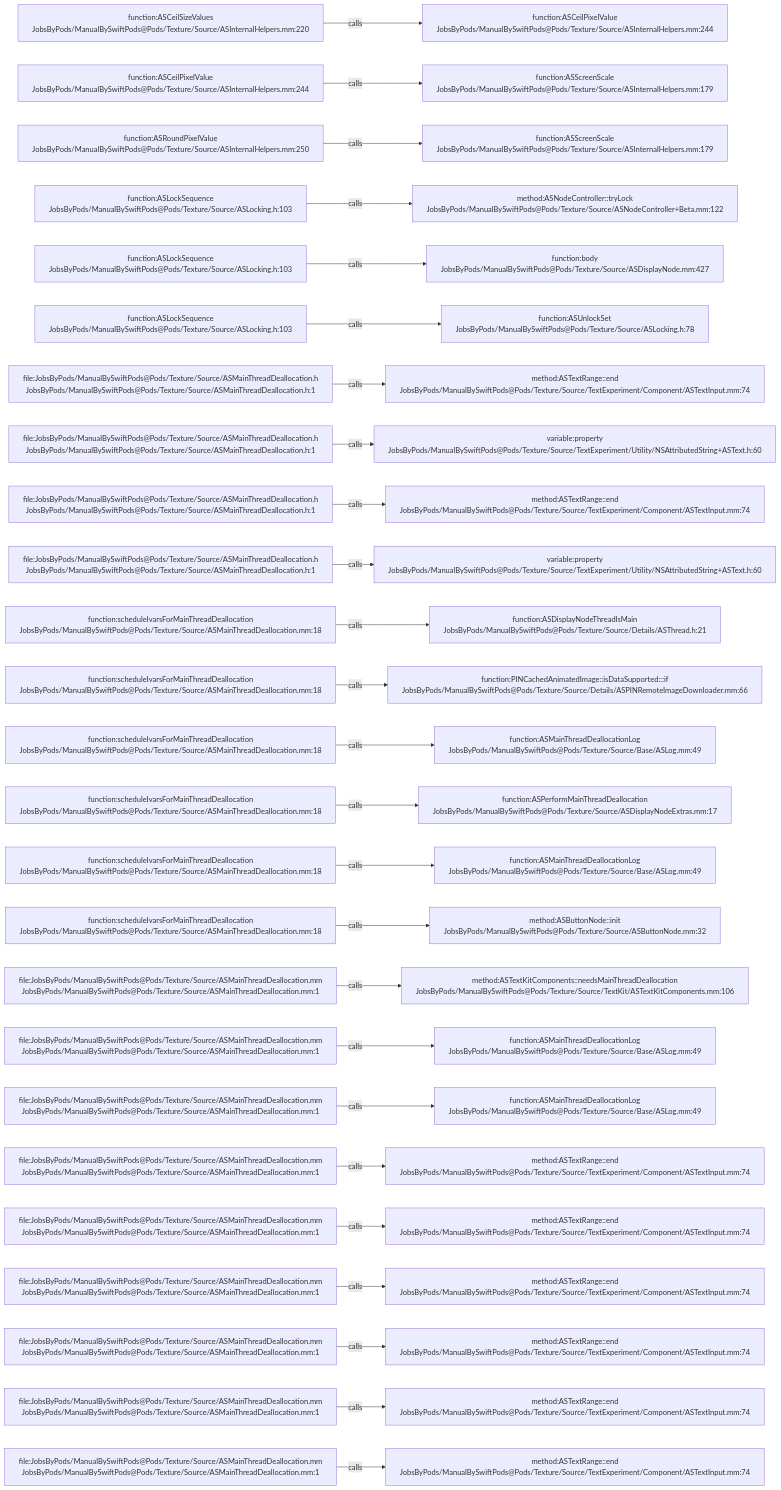
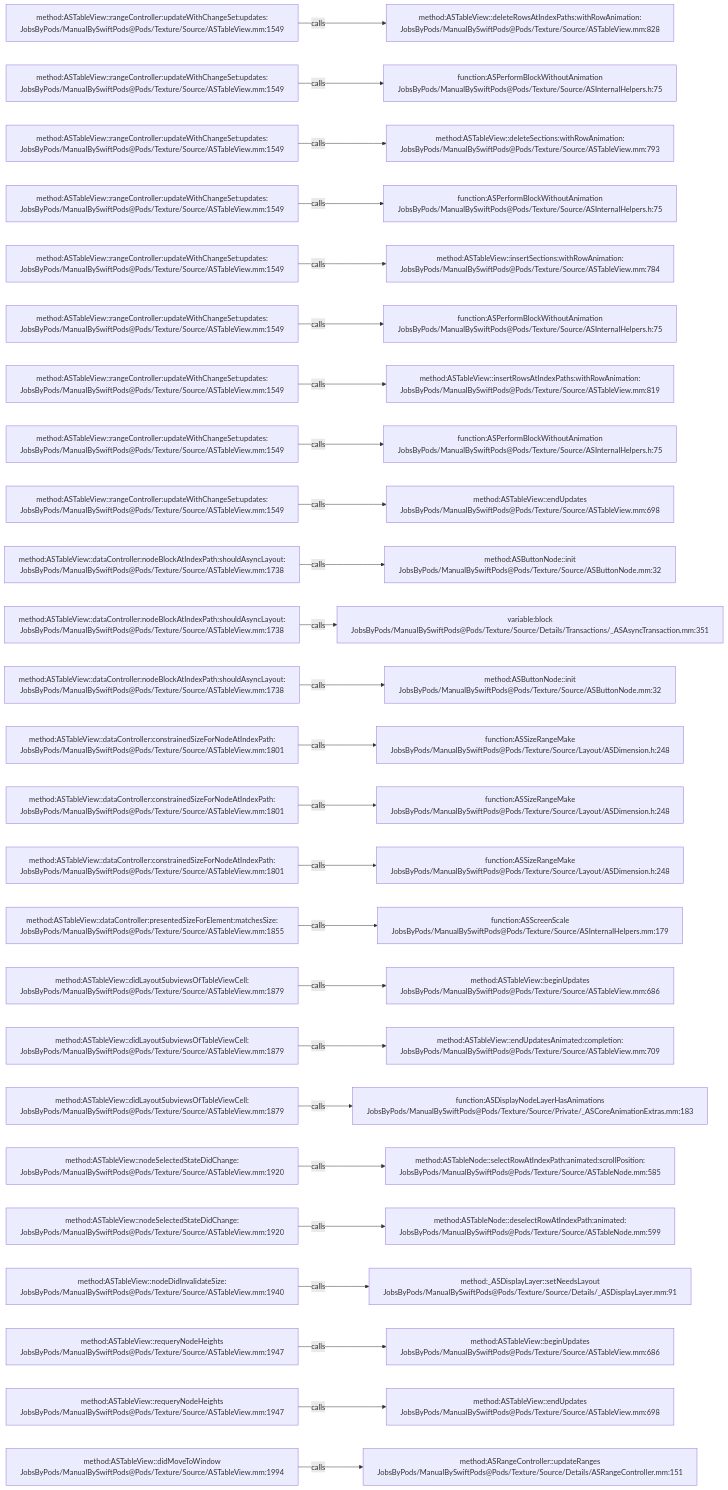
The diagram in .codegraph/codegraph.md/graphs/calls-063.md (JobsKits/JobsSwiftBaseConfigDemo), drawn with Mermaid before and after one commit. The commit also changed 832 other files, not shown here.

````diff
--- a/.codegraph/codegraph.md/graphs/calls-063.md
+++ b/.codegraph/codegraph.md/graphs/calls-063.md
@@ -13,78 +13,78 @@
 ```mermaid
 flowchart LR
-  S1["function:ASCeilSizeValues<br/>JobsByPods/ManualBySwiftPods@Pods/Texture/Source/ASInternalHelpers.mm:220"]
-  T1["function:ASCeilPixelValue<br/>JobsByPods/ManualBySwiftPods@Pods/Texture/Source/ASInternalHelpers.mm:244"]
+  S1["method:ASTableView::rangeController:updateWithChangeSet:updates:<br/>JobsByPods/ManualBySwiftPods@Pods/Texture/Source/ASTableView.mm:1549"]
+  T1["method:ASTableView::deleteRowsAtIndexPaths:withRowAnimation:<br/>JobsByPods/ManualBySwiftPods@Pods/Texture/Source/ASTableView.mm:828"]
   S1 -->|calls| T1
-  S2["function:ASCeilPixelValue<br/>JobsByPods/ManualBySwiftPods@Pods/Texture/Source/ASInternalHelpers.mm:244"]
-  T2["function:ASScreenScale<br/>JobsByPods/ManualBySwiftPods@Pods/Texture/Source/ASInternalHelpers.mm:179"]
+  S2["method:ASTableView::rangeController:updateWithChangeSet:updates:<br/>JobsByPods/ManualBySwiftPods@Pods/Texture/Source/ASTableView.mm:1549"]
+  T2["function:ASPerformBlockWithoutAnimation<br/>JobsByPods/ManualBySwiftPods@Pods/Texture/Source/ASInternalHelpers.h:75"]
   S2 -->|calls| T2
-  S3["function:ASRoundPixelValue<br/>JobsByPods/ManualBySwiftPods@Pods/Texture/Source/ASInternalHelpers.mm:250"]
-  T3["function:ASScreenScale<br/>JobsByPods/ManualBySwiftPods@Pods/Texture/Source/ASInternalHelpers.mm:179"]
+  S3["method:ASTableView::rangeController:updateWithChangeSet:updates:<br/>JobsByPods/ManualBySwiftPods@Pods/Texture/Source/ASTableView.mm:1549"]
+  T3["method:ASTableView::deleteSections:withRowAnimation:<br/>JobsByPods/ManualBySwiftPods@Pods/Texture/Source/ASTableView.mm:793"]
   S3 -->|calls| T3
-  S4["function:ASLockSequence<br/>JobsByPods/ManualBySwiftPods@Pods/Texture/Source/ASLocking.h:103"]
-  T4["method:ASNodeController::tryLock<br/>JobsByPods/ManualBySwiftPods@Pods/Texture/Source/ASNodeController+Beta.mm:122"]
+  S4["method:ASTableView::rangeController:updateWithChangeSet:updates:<br/>JobsByPods/ManualBySwiftPods@Pods/Texture/Source/ASTableView.mm:1549"]
+  T4["function:ASPerformBlockWithoutAnimation<br/>JobsByPods/ManualBySwiftPods@Pods/Texture/Source/ASInternalHelpers.h:75"]
   S4 -->|calls| T4
-  S5["function:ASLockSequence<br/>JobsByPods/ManualBySwiftPods@Pods/Texture/Source/ASLocking.h:103"]
-  T5["function:body<br/>JobsByPods/ManualBySwiftPods@Pods/Texture/Source/ASDisplayNode.mm:427"]
+  S5["method:ASTableView::rangeController:updateWithChangeSet:updates:<br/>JobsByPods/ManualBySwiftPods@Pods/Texture/Source/ASTableView.mm:1549"]
+  T5["method:ASTableView::insertSections:withRowAnimation:<br/>JobsByPods/ManualBySwiftPods@Pods/Texture/Source/ASTableView.mm:784"]
   S5 -->|calls| T5
-  S6["function:ASLockSequence<br/>JobsByPods/ManualBySwiftPods@Pods/Texture/Source/ASLocking.h:103"]
-  T6["function:ASUnlockSet<br/>JobsByPods/ManualBySwiftPods@Pods/Texture/Source/ASLocking.h:78"]
+  S6["method:ASTableView::rangeController:updateWithChangeSet:updates:<br/>JobsByPods/ManualBySwiftPods@Pods/Texture/Source/ASTableView.mm:1549"]
+  T6["function:ASPerformBlockWithoutAnimation<br/>JobsByPods/ManualBySwiftPods@Pods/Texture/Source/ASInternalHelpers.h:75"]
   S6 -->|calls| T6
-  S7["file:JobsByPods/ManualBySwiftPods@Pods/Texture/Source/ASMainThreadDeallocation.h<br/>JobsByPods/ManualBySwiftPods@Pods/Texture/Source/ASMainThreadDeallocation.h:1"]
-  T7["method:ASTextRange::end<br/>JobsByPods/ManualBySwiftPods@Pods/Texture/Source/TextExperiment/Component/ASTextInput.mm:74"]
+  S7["method:ASTableView::rangeController:updateWithChangeSet:updates:<br/>JobsByPods/ManualBySwiftPods@Pods/Texture/Source/ASTableView.mm:1549"]
+  T7["method:ASTableView::insertRowsAtIndexPaths:withRowAnimation:<br/>JobsByPods/ManualBySwiftPods@Pods/Texture/Source/ASTableView.mm:819"]
   S7 -->|calls| T7
-  S8["file:JobsByPods/ManualBySwiftPods@Pods/Texture/Source/ASMainThreadDeallocation.h<br/>JobsByPods/ManualBySwiftPods@Pods/Texture/Source/ASMainThreadDeallocation.h:1"]
-  T8["variable:property<br/>JobsByPods/ManualBySwiftPods@Pods/Texture/Source/TextExperiment/Utility/NSAttributedString+ASText.h:60"]
+  S8["method:ASTableView::rangeController:updateWithChangeSet:updates:<br/>JobsByPods/ManualBySwiftPods@Pods/Texture/Source/ASTableView.mm:1549"]
+  T8["function:ASPerformBlockWithoutAnimation<br/>JobsByPods/ManualBySwiftPods@Pods/Texture/Source/ASInternalHelpers.h:75"]
   S8 -->|calls| T8
-  S9["file:JobsByPods/ManualBySwiftPods@Pods/Texture/Source/ASMainThreadDeallocation.h<br/>JobsByPods/ManualBySwiftPods@Pods/Texture/Source/ASMainThreadDeallocation.h:1"]
-  T9["method:ASTextRange::end<br/>JobsByPods/ManualBySwiftPods@Pods/Texture/Source/TextExperiment/Component/ASTextInput.mm:74"]
+  S9["method:ASTableView::rangeController:updateWithChangeSet:updates:<br/>JobsByPods/ManualBySwiftPods@Pods/Texture/Source/ASTableView.mm:1549"]
+  T9["method:ASTableView::endUpdates<br/>JobsByPods/ManualBySwiftPods@Pods/Texture/Source/ASTableView.mm:698"]
   S9 -->|calls| T9
-  S10["file:JobsByPods/ManualBySwiftPods@Pods/Texture/Source/ASMainThreadDeallocation.h<br/>JobsByPods/ManualBySwiftPods@Pods/Texture/Source/ASMainThreadDeallocation.h:1"]
-  T10["variable:property<br/>JobsByPods/ManualBySwiftPods@Pods/Texture/Source/TextExperiment/Utility/NSAttributedString+ASText.h:60"]
+  S10["method:ASTableView::dataController:nodeBlockAtIndexPath:shouldAsyncLayout:<br/>JobsByPods/ManualBySwiftPods@Pods/Texture/Source/ASTableView.mm:1738"]
+  T10["method:ASButtonNode::init<br/>JobsByPods/ManualBySwiftPods@Pods/Texture/Source/ASButtonNode.mm:32"]
   S10 -->|calls| T10
-  S11["function:scheduleIvarsForMainThreadDeallocation<br/>JobsByPods/ManualBySwiftPods@Pods/Texture/Source/ASMainThreadDeallocation.mm:18"]
-  T11["function:ASDisplayNodeThreadIsMain<br/>JobsByPods/ManualBySwiftPods@Pods/Texture/Source/Details/ASThread.h:21"]
+  S11["method:ASTableView::dataController:nodeBlockAtIndexPath:shouldAsyncLayout:<br/>JobsByPods/ManualBySwiftPods@Pods/Texture/Source/ASTableView.mm:1738"]
+  T11["variable:block<br/>JobsByPods/ManualBySwiftPods@Pods/Texture/Source/Details/Transactions/_ASAsyncTransaction.mm:351"]
   S11 -->|calls| T11
-  S12["function:scheduleIvarsForMainThreadDeallocation<br/>JobsByPods/ManualBySwiftPods@Pods/Texture/Source/ASMainThreadDeallocation.mm:18"]
-  T12["function:PINCachedAnimatedImage::isDataSupported:::if<br/>JobsByPods/ManualBySwiftPods@Pods/Texture/Source/Details/ASPINRemoteImageDownloader.mm:66"]
+  S12["method:ASTableView::dataController:nodeBlockAtIndexPath:shouldAsyncLayout:<br/>JobsByPods/ManualBySwiftPods@Pods/Texture/Source/ASTableView.mm:1738"]
+  T12["method:ASButtonNode::init<br/>JobsByPods/ManualBySwiftPods@Pods/Texture/Source/ASButtonNode.mm:32"]
   S12 -->|calls| T12
-  S13["function:scheduleIvarsForMainThreadDeallocation<br/>JobsByPods/ManualBySwiftPods@Pods/Texture/Source/ASMainThreadDeallocation.mm:18"]
-  T13["function:ASMainThreadDeallocationLog<br/>JobsByPods/ManualBySwiftPods@Pods/Texture/Source/Base/ASLog.mm:49"]
+  S13["method:ASTableView::dataController:constrainedSizeForNodeAtIndexPath:<br/>JobsByPods/ManualBySwiftPods@Pods/Texture/Source/ASTableView.mm:1801"]
+  T13["function:ASSizeRangeMake<br/>JobsByPods/ManualBySwiftPods@Pods/Texture/Source/Layout/ASDimension.h:248"]
   S13 -->|calls| T13
-  S14["function:scheduleIvarsForMainThreadDeallocation<br/>JobsByPods/ManualBySwiftPods@Pods/Texture/Source/ASMainThreadDeallocation.mm:18"]
-  T14["function:ASPerformMainThreadDeallocation<br/>JobsByPods/ManualBySwiftPods@Pods/Texture/Source/ASDisplayNodeExtras.mm:17"]
+  S14["method:ASTableView::dataController:constrainedSizeForNodeAtIndexPath:<br/>JobsByPods/ManualBySwiftPods@Pods/Texture/Source/ASTableView.mm:1801"]
+  T14["function:ASSizeRangeMake<br/>JobsByPods/ManualBySwiftPods@Pods/Texture/Source/Layout/ASDimension.h:248"]
   S14 -->|calls| T14
-  S15["function:scheduleIvarsForMainThreadDeallocation<br/>JobsByPods/ManualBySwiftPods@Pods/Texture/Source/ASMainThreadDeallocation.mm:18"]
-  T15["function:ASMainThreadDeallocationLog<br/>JobsByPods/ManualBySwiftPods@Pods/Texture/Source/Base/ASLog.mm:49"]
+  S15["method:ASTableView::dataController:constrainedSizeForNodeAtIndexPath:<br/>JobsByPods/ManualBySwiftPods@Pods/Texture/Source/ASTableView.mm:1801"]
+  T15["function:ASSizeRangeMake<br/>JobsByPods/ManualBySwiftPods@Pods/Texture/Source/Layout/ASDimension.h:248"]
   S15 -->|calls| T15
-  S16["function:scheduleIvarsForMainThreadDeallocation<br/>JobsByPods/ManualBySwiftPods@Pods/Texture/Source/ASMainThreadDeallocation.mm:18"]
-  T16["method:ASButtonNode::init<br/>JobsByPods/ManualBySwiftPods@Pods/Texture/Source/ASButtonNode.mm:32"]
+  S16["method:ASTableView::dataController:presentedSizeForElement:matchesSize:<br/>JobsByPods/ManualBySwiftPods@Pods/Texture/Source/ASTableView.mm:1855"]
+  T16["function:ASScreenScale<br/>JobsByPods/ManualBySwiftPods@Pods/Texture/Source/ASInternalHelpers.mm:179"]
   S16 -->|calls| T16
-  S17["file:JobsByPods/ManualBySwiftPods@Pods/Texture/Source/ASMainThreadDeallocation.mm<br/>JobsByPods/ManualBySwiftPods@Pods/Texture/Source/ASMainThreadDeallocation.mm:1"]
-  T17["method:ASTextKitComponents::needsMainThreadDeallocation<br/>JobsByPods/ManualBySwiftPods@Pods/Texture/Source/TextKit/ASTextKitComponents.mm:106"]
+  S17["method:ASTableView::didLayoutSubviewsOfTableViewCell:<br/>JobsByPods/ManualBySwiftPods@Pods/Texture/Source/ASTableView.mm:1879"]
+  T17["method:ASTableView::beginUpdates<br/>JobsByPods/ManualBySwiftPods@Pods/Texture/Source/ASTableView.mm:686"]
   S17 -->|calls| T17
-  S18["file:JobsByPods/ManualBySwiftPods@Pods/Texture/Source/ASMainThreadDeallocation.mm<br/>JobsByPods/ManualBySwiftPods@Pods/Texture/Source/ASMainThreadDeallocation.mm:1"]
-  T18["function:ASMainThreadDeallocationLog<br/>JobsByPods/ManualBySwiftPods@Pods/Texture/Source/Base/ASLog.mm:49"]
+  S18["method:ASTableView::didLayoutSubviewsOfTableViewCell:<br/>JobsByPods/ManualBySwiftPods@Pods/Texture/Source/ASTableView.mm:1879"]
+  T18["method:ASTableView::endUpdatesAnimated:completion:<br/>JobsByPods/ManualBySwiftPods@Pods/Texture/Source/ASTableView.mm:709"]
   S18 -->|calls| T18
-  S19["file:JobsByPods/ManualBySwiftPods@Pods/Texture/Source/ASMainThreadDeallocation.mm<br/>JobsByPods/ManualBySwiftPods@Pods/Texture/Source/ASMainThreadDeallocation.mm:1"]
-  T19["function:ASMainThreadDeallocationLog<br/>JobsByPods/ManualBySwiftPods@Pods/Texture/Source/Base/ASLog.mm:49"]
+  S19["method:ASTableView::didLayoutSubviewsOfTableViewCell:<br/>JobsByPods/ManualBySwiftPods@Pods/Texture/Source/ASTableView.mm:1879"]
+  T19["function:ASDisplayNodeLayerHasAnimations<br/>JobsByPods/ManualBySwiftPods@Pods/Texture/Source/Private/_ASCoreAnimationExtras.mm:183"]
   S19 -->|calls| T19
-  S20["file:JobsByPods/ManualBySwiftPods@Pods/Texture/Source/ASMainThreadDeallocation.mm<br/>JobsByPods/ManualBySwiftPods@Pods/Texture/Source/ASMainThreadDeallocation.mm:1"]
-  T20["method:ASTextRange::end<br/>JobsByPods/ManualBySwiftPods@Pods/Texture/Source/TextExperiment/Component/ASTextInput.mm:74"]
+  S20["method:ASTableView::nodeSelectedStateDidChange:<br/>JobsByPods/ManualBySwiftPods@Pods/Texture/Source/ASTableView.mm:1920"]
+  T20["method:ASTableNode::selectRowAtIndexPath:animated:scrollPosition:<br/>JobsByPods/ManualBySwiftPods@Pods/Texture/Source/ASTableNode.mm:585"]
   S20 -->|calls| T20
-  S21["file:JobsByPods/ManualBySwiftPods@Pods/Texture/Source/ASMainThreadDeallocation.mm<br/>JobsByPods/ManualBySwiftPods@Pods/Texture/Source/ASMainThreadDeallocation.mm:1"]
-  T21["method:ASTextRange::end<br/>JobsByPods/ManualBySwiftPods@Pods/Texture/Source/TextExperiment/Component/ASTextInput.mm:74"]
+  S21["method:ASTableView::nodeSelectedStateDidChange:<br/>JobsByPods/ManualBySwiftPods@Pods/Texture/Source/ASTableView.mm:1920"]
+  T21["method:ASTableNode::deselectRowAtIndexPath:animated:<br/>JobsByPods/ManualBySwiftPods@Pods/Texture/Source/ASTableNode.mm:599"]
   S21 -->|calls| T21
-  S22["file:JobsByPods/ManualBySwiftPods@Pods/Texture/Source/ASMainThreadDeallocation.mm<br/>JobsByPods/ManualBySwiftPods@Pods/Texture/Source/ASMainThreadDeallocation.mm:1"]
-  T22["method:ASTextRange::end<br/>JobsByPods/ManualBySwiftPods@Pods/Texture/Source/TextExperiment/Component/ASTextInput.mm:74"]
+  S22["method:ASTableView::nodeDidInvalidateSize:<br/>JobsByPods/ManualBySwiftPods@Pods/Texture/Source/ASTableView.mm:1940"]
+  T22["method:_ASDisplayLayer::setNeedsLayout<br/>JobsByPods/ManualBySwiftPods@Pods/Texture/Source/Details/_ASDisplayLayer.mm:91"]
   S22 -->|calls| T22
-  S23["file:JobsByPods/ManualBySwiftPods@Pods/Texture/Source/ASMainThreadDeallocation.mm<br/>JobsByPods/ManualBySwiftPods@Pods/Texture/Source/ASMainThreadDeallocation.mm:1"]
-  T23["method:ASTextRange::end<br/>JobsByPods/ManualBySwiftPods@Pods/Texture/Source/TextExperiment/Component/ASTextInput.mm:74"]
+  S23["method:ASTableView::requeryNodeHeights<br/>JobsByPods/ManualBySwiftPods@Pods/Texture/Source/ASTableView.mm:1947"]
+  T23["method:ASTableView::beginUpdates<br/>JobsByPods/ManualBySwiftPods@Pods/Texture/Source/ASTableView.mm:686"]
   S23 -->|calls| T23
-  S24["file:JobsByPods/ManualBySwiftPods@Pods/Texture/Source/ASMainThreadDeallocation.mm<br/>JobsByPods/ManualBySwiftPods@Pods/Texture/Source/ASMainThreadDeallocation.mm:1"]
-  T24["method:ASTextRange::end<br/>JobsByPods/ManualBySwiftPods@Pods/Texture/Source/TextExperiment/Component/ASTextInput.mm:74"]
+  S24["method:ASTableView::requeryNodeHeights<br/>JobsByPods/ManualBySwiftPods@Pods/Texture/Source/ASTableView.mm:1947"]
+  T24["method:ASTableView::endUpdates<br/>JobsByPods/ManualBySwiftPods@Pods/Texture/Source/ASTableView.mm:698"]
   S24 -->|calls| T24
-  S25["file:JobsByPods/ManualBySwiftPods@Pods/Texture/Source/ASMainThreadDeallocation.mm<br/>JobsByPods/ManualBySwiftPods@Pods/Texture/Source/ASMainThreadDeallocation.mm:1"]
-  T25["method:ASTextRange::end<br/>JobsByPods/ManualBySwiftPods@Pods/Texture/Source/TextExperiment/Component/ASTextInput.mm:74"]
+  S25["method:ASTableView::didMoveToWindow<br/>JobsByPods/ManualBySwiftPods@Pods/Texture/Source/ASTableView.mm:1994"]
+  T25["method:ASRangeController::updateRanges<br/>JobsByPods/ManualBySwiftPods@Pods/Texture/Source/Details/ASRangeController.mm:151"]
   S25 -->|calls| T25
 ```
````
